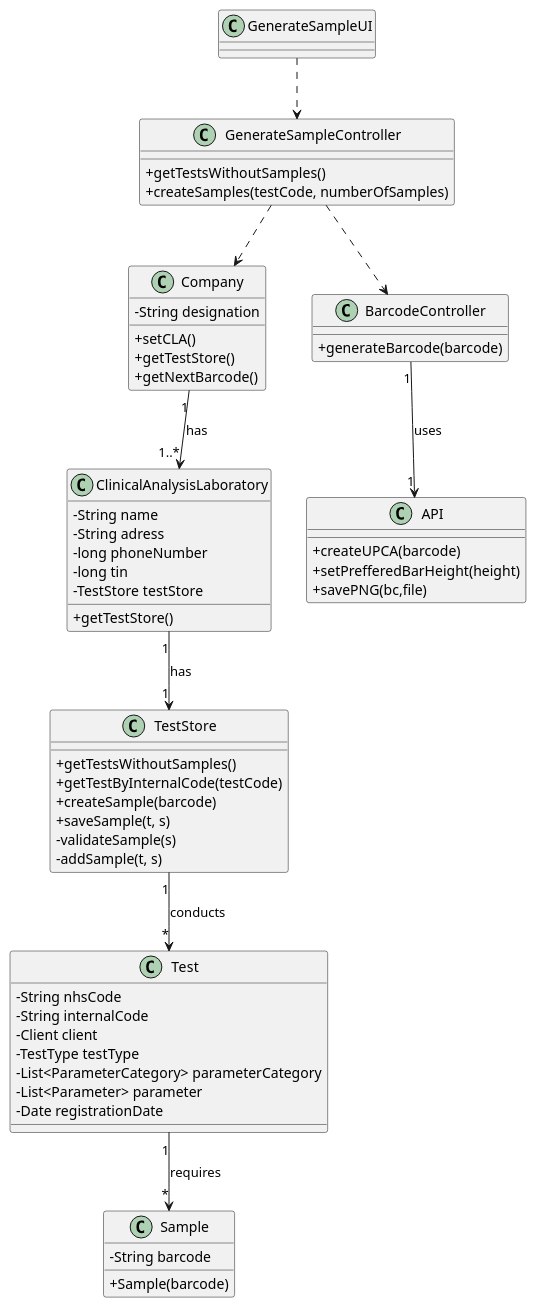
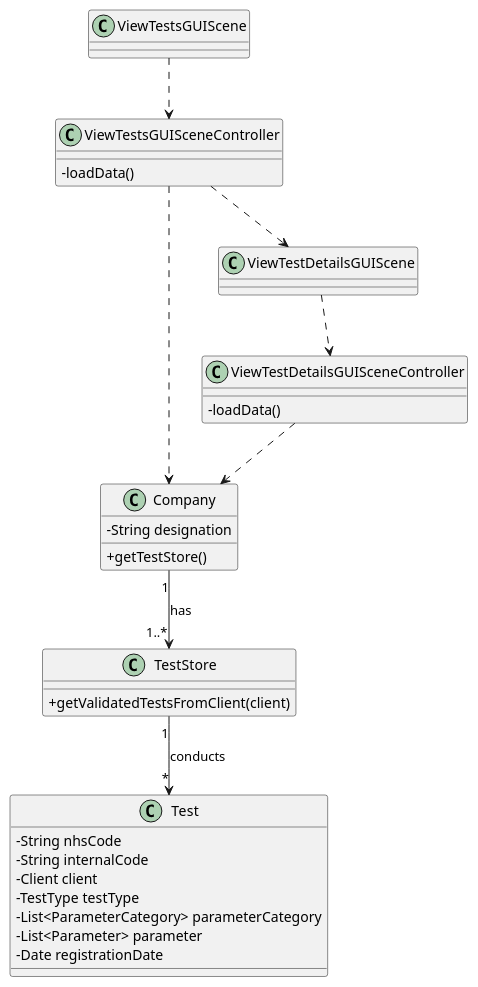
One commit to RuiRioPina/LAPR2-20-21 changed the diagram in docs/SprintD/US_1/UC1_CD.puml. Above: the diagram before and after it, drawn with PlantUML. The commit also changed 6 other files, not shown here.

```diff
--- a/docs/SprintD/US_1/UC1_CD.puml
+++ b/docs/SprintD/US_1/UC1_CD.puml
@@ -1,71 +1,46 @@
 @startuml
 skinparam classAttributeIconSize 0
 
 class Company
 {
   -String designation
-  +setCLA()
   +getTestStore()
-  +getNextBarcode()
 }
 
-class ClinicalAnalysisLaboratory {
-  -String name
-  -String adress
-  -long phoneNumber
-  -long tin
-  -TestStore testStore
-  +getTestStore()
-}
 
 class Test {
   -String nhsCode
   -String internalCode
   -Client client
   -TestType testType
   -List<ParameterCategory> parameterCategory
   -List<Parameter> parameter
   -Date registrationDate
 }
 
-class Sample {
-  -String barcode
-  +Sample(barcode)
+class TestStore {
+  +getValidatedTestsFromClient(client)
 }
 
-class TestStore {
-  +getTestsWithoutSamples()
-  +getTestByInternalCode(testCode)
-  +createSample(barcode)
-  +saveSample(t, s)
-  -validateSample(s)
-  -addSample(t, s)
+class ViewTestsGUIScene {
 }
 
-class BarcodeController {
-  +generateBarcode(barcode)
+class ViewTestsGUISceneController {
+  -loadData()
 }
 
-class API {
-  +createUPCA(barcode)
-  +setPrefferedBarHeight(height)
-  +savePNG(bc,file)
+class ViewTestDetailsGUIScene {
 }
 
-class GenerateSampleUI {
+class ViewTestDetailsGUISceneController {
+  -loadData()
 }
 
-class GenerateSampleController {
-  +getTestsWithoutSamples()
-  +createSamples(testCode, numberOfSamples)
-}
-
-GenerateSampleUI ..> GenerateSampleController
-GenerateSampleController ..> Company
-GenerateSampleController ..> BarcodeController
-Company "1" --> "1..*" ClinicalAnalysisLaboratory : has
-ClinicalAnalysisLaboratory "1" --> "1" TestStore : has
+ViewTestsGUIScene ..> ViewTestsGUISceneController
+ViewTestsGUISceneController ..> ViewTestDetailsGUIScene
+ViewTestDetailsGUIScene ..> ViewTestDetailsGUISceneController
+ViewTestsGUISceneController ..> Company
+ViewTestDetailsGUISceneController ..> Company
+Company "1" --> "1..*" TestStore : has
 TestStore "1" --> "*" Test : conducts
-Test "1" --> "*" Sample : requires
-BarcodeController "1" --> "1" API : uses
 @enduml
```
